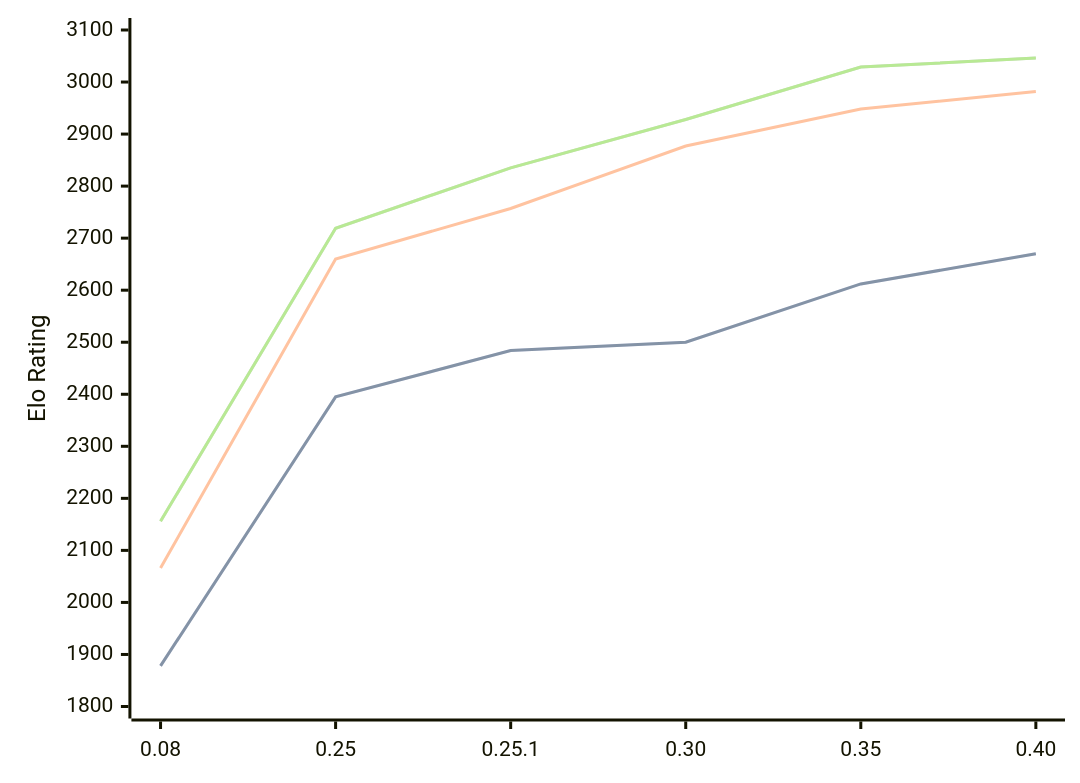
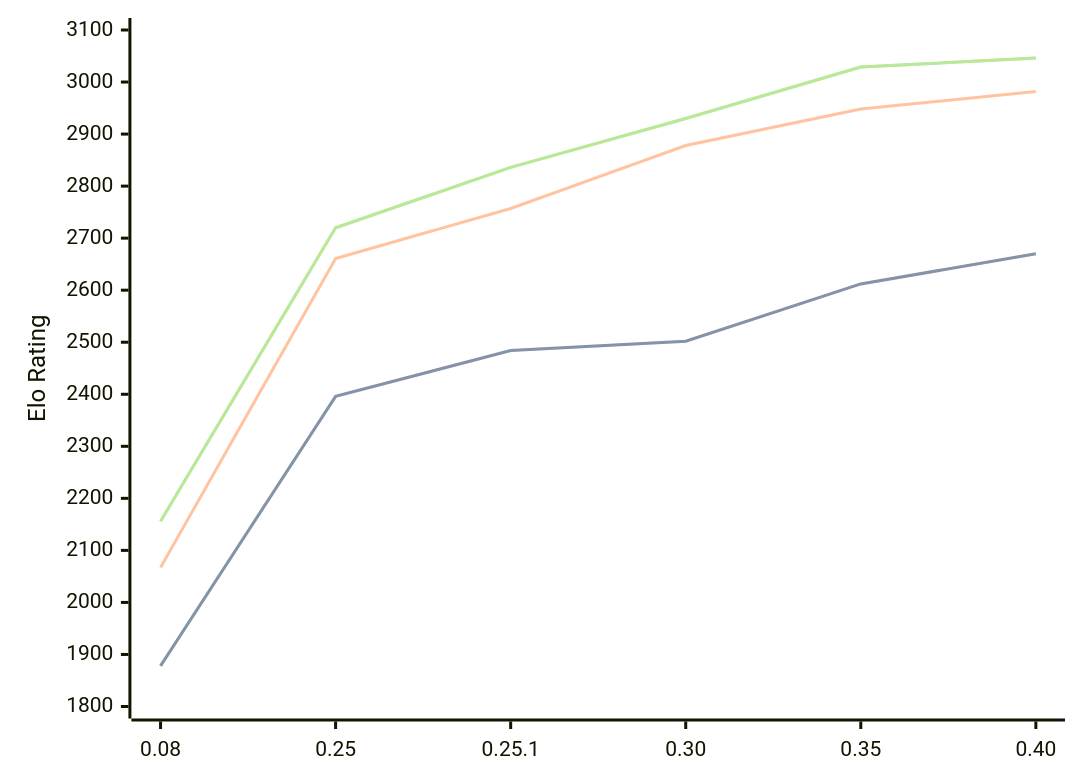
One commit to computer-chess-index/cci changed the diagram in engines/Gecko.md. Above: the diagram before and after it, drawn with Mermaid. The commit also changed other lines of this file, not shown here.

Commit message:
Update CCI Ratings (ELO VLTC) - 2026-09-13

````diff
--- a/engines/Gecko.md
+++ b/engines/Gecko.md
@@ -36,11 +36,11 @@
 ```mermaid
 %%{init: {"theme":"base","themeVariables":{"seriesColors:['#a3a3a3','#222221','#faa371']}}}%%
 xychart-beta
   x-axis ["0.08", "0.25", "0.25.1", "0.30", "0.35", "0.40"]
   y-axis "Elo Rating" 1800 --> 3100
-  line "" [1878, 2395, 2484, 2500, 2612, 2670]
-  line "STC (8.0+0.08s)" [1878, 2395, 2484, 2500, 2612, 2670]
-  line "LTC (60.0+0.60s)" [2066, 2660, 2757, 2877, 2948, 2982]
-  line "" [2156, 2719, 2835, 2928, 3029, 3046]
-  line "VLTC (2m24s+1.12s)" [2156, 2719, 2835, 2928, 3029, 3046]
+  line "" [1878, 2396, 2484, 2502, 2612, 2670]
+  line "STC (8.0+0.08s)" [1878, 2396, 2484, 2502, 2612, 2670]
+  line "LTC (60.0+0.60s)" [2067, 2661, 2757, 2878, 2948, 2982]
+  line "" [2156, 2720, 2836, 2930, 3029, 3046]
+  line "VLTC (2m24s+1.12s)" [2156, 2720, 2836, 2930, 3029, 3046]
 ```
````
